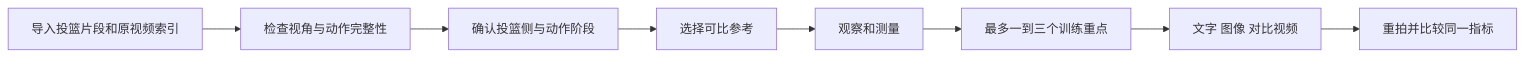
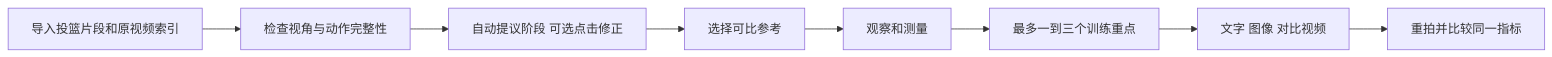
One commit to Michael-Ma/shot-form-coach changed the first of 2 diagrams in docs/DESIGN.zh-CN.md. Above: the diagram before and after it, drawn with Mermaid. The commit also changed other lines of this file and 6 other files, not shown here.

````diff
--- a/docs/DESIGN.zh-CN.md
+++ b/docs/DESIGN.zh-CN.md
@@ -34,10 +34,10 @@
 ```mermaid
 flowchart LR
     A[导入投篮片段和原视频索引] --> B[检查视角与动作完整性]
-    B --> C[确认投篮侧与动作阶段]
+    B --> C[自动提议阶段 可选点击修正]
     C --> D[选择可比参考]
     D --> E[观察和测量]
     E --> F[最多一到三个训练重点]
     F --> G[文字 图像 对比视频]
     G --> H[重拍并比较同一指标]
 ```
````
